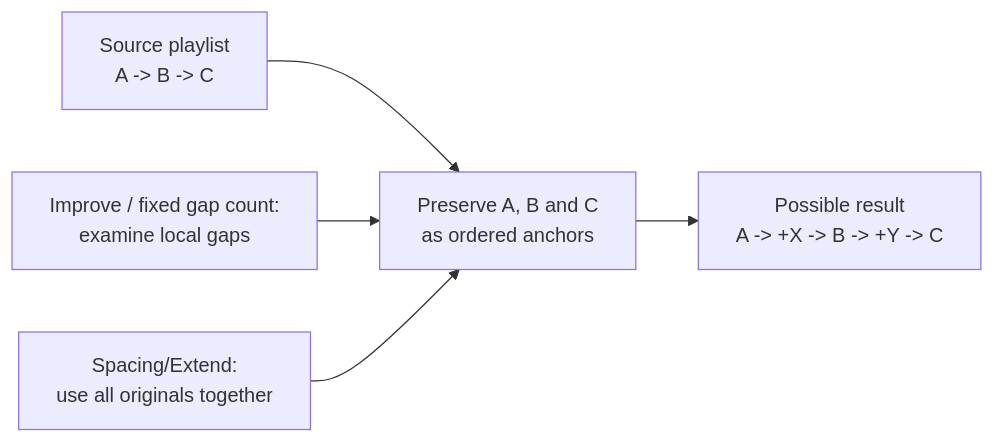
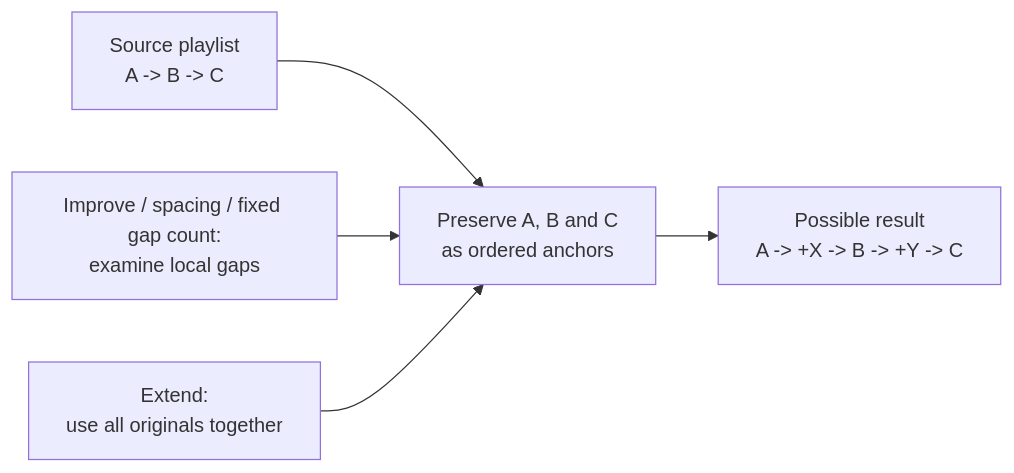
The seventh of 15 diagrams in ALGORITHMS.md (chrober/lms-better-call-bliss), drawn with Mermaid before and after one commit. The commit also changed other lines of this file and 5 other files, not shown here.

```diff
--- a/ALGORITHMS.md
+++ b/ALGORITHMS.md
@@ -346,7 +346,7 @@
 ~~~mermaid
 flowchart LR
     S["Source playlist<br/>A -> B -> C"] --> P["Preserve A, B and C<br/>as ordered anchors"]
-    G["Improve / fixed gap count:<br/>examine local gaps"] --> P
-    S2["Spacing/Extend:<br/>use all originals together"] --> P
+    G["Improve / spacing / fixed gap count:<br/>examine local gaps"] --> P
+    S2["Extend:<br/>use all originals together"] --> P
     P --> R["Possible result<br/>A -> +X -> B -> +Y -> C"]
 ~~~
```
